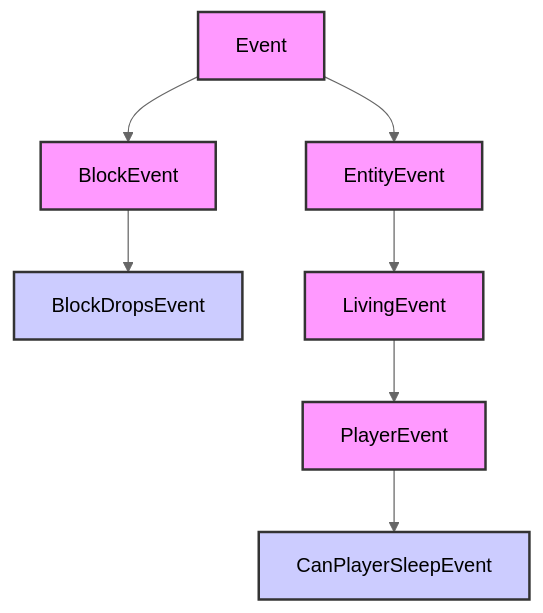
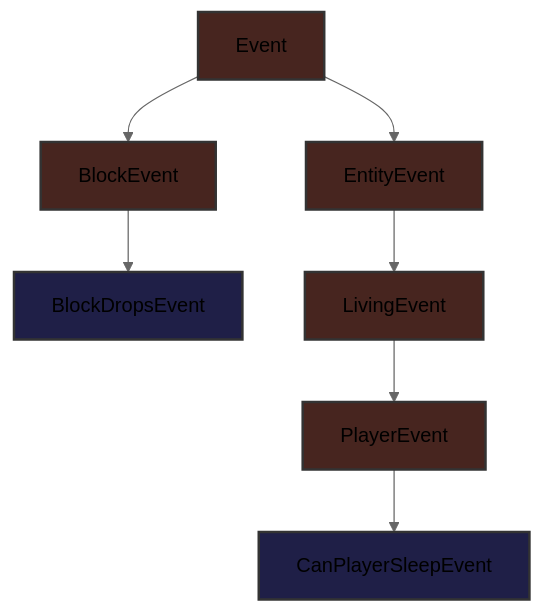
One commit to makkoar/Docs changed the diagram in NeoForge/NeoForge/Concepts/Events.md. Above: the diagram before and after it, drawn with Mermaid (neutral theme). The commit also changed other lines of this file, not shown here.

````diff
--- a/NeoForge/NeoForge/Concepts/Events.md
+++ b/NeoForge/NeoForge/Concepts/Events.md
@@ -112,14 +109,14 @@
 ```mermaid
 graph TD;
     Event --> BlockEvent;
     BlockEvent --> BlockDropsEvent;
     Event --> EntityEvent;
     EntityEvent --> LivingEvent;
     LivingEvent --> PlayerEvent;
     PlayerEvent --> CanPlayerSleepEvent;
 
-    classDef red fill:#f9f,stroke:#333,stroke-width:2px;
-    classDef blue fill:#ccf,stroke:#333,stroke-width:2px;
+    classDef red fill:#47251F,stroke:#333,stroke-width:2px;
+    classDef blue fill:#1F1F47,stroke:#333,stroke-width:2px;
     class Event,BlockEvent,EntityEvent,LivingEvent,PlayerEvent red;
     class BlockDropsEvent,CanPlayerSleepEvent blue;
 ```
````
